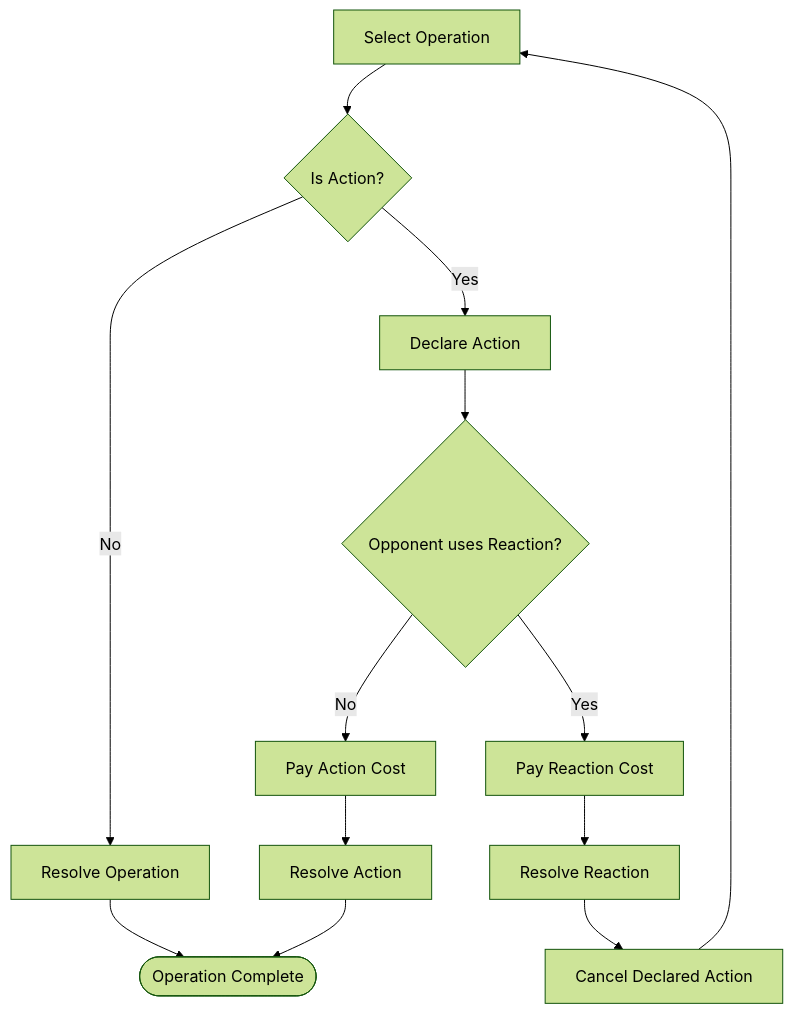
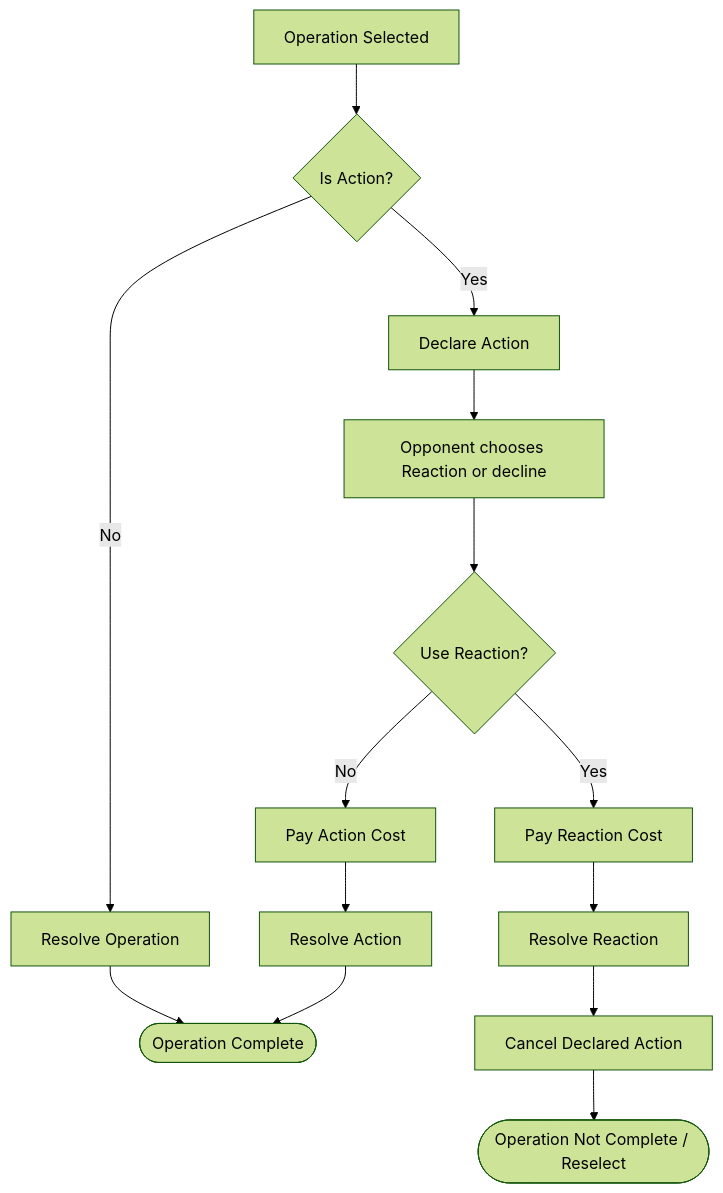
The diagram in docs/process/action-reaction-flow.md (kjun1/card-game), drawn with Mermaid (forest theme) before and after one commit. The commit also changed other lines of this file and 9 other files, not shown here.

```diff
--- a/docs/process/action-reaction-flow.md
+++ b/docs/process/action-reaction-flow.md
@@ -16,17 +19,18 @@
 ~~~mermaid
 flowchart TD
-    S[Select Operation] --> A{Is Action?}
+    S[Operation Selected] --> A{Is Action?}
     A -- No --> N[Resolve Operation]
     N --> C([Operation Complete])
 
     A -- Yes --> D[Declare Action]
-    D --> R{Opponent uses Reaction?}
-    R -- Yes --> RC[Pay Reaction Cost]
+    D --> R[Opponent chooses Reaction or decline]
+    R --> G{Use Reaction?}
+    G -- Yes --> RC[Pay Reaction Cost]
     RC --> RR[Resolve Reaction]
     RR --> X[Cancel Declared Action]
-    X --> S
+    X --> U([Operation Not Complete / Reselect])
 
-    R -- No --> AC[Pay Action Cost]
+    G -- No --> AC[Pay Action Cost]
     AC --> AR[Resolve Action]
     AR --> C
 ~~~
```
